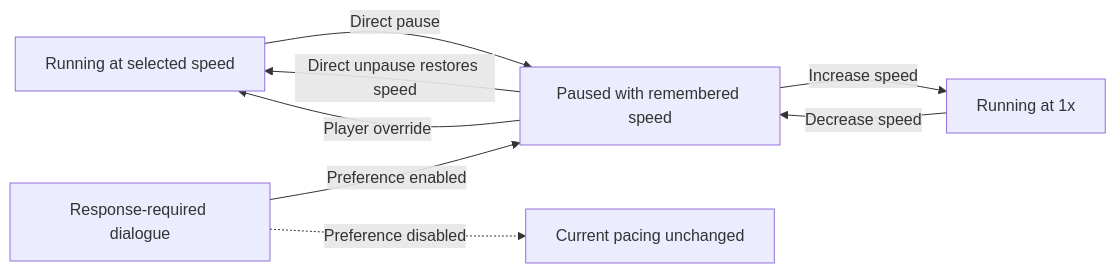
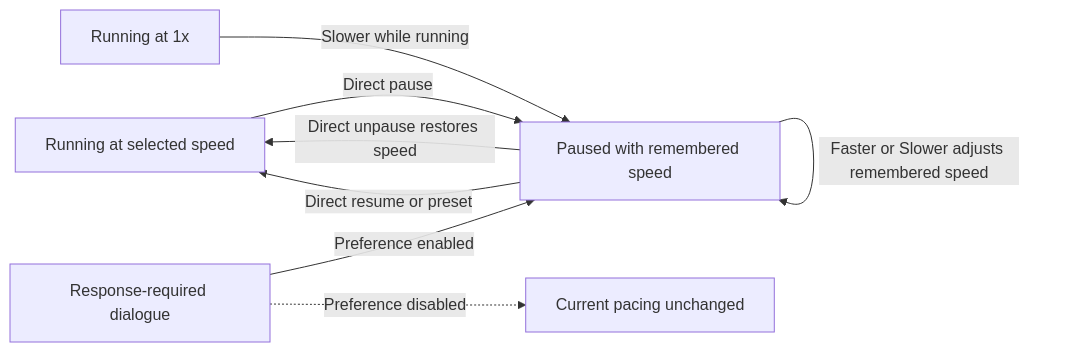
Before and after one commit to Elec0/galaxy-simulator: the diagram in docs/time-and-pacing.md, drawn with Mermaid. The commit also changed other lines of this file and 3 other files, not shown here.

Commit message:
Adjust paused speed changes to preserve pause state

````diff
--- a/docs/time-and-pacing.md
+++ b/docs/time-and-pacing.md
@@ -30,16 +32,16 @@
 ```mermaid
 flowchart LR
     running["Running at selected speed"]
     paused["Paused with remembered speed"]
     one["Running at 1x"]
     dialogue["Response-required dialogue"]
     unchanged["Current pacing unchanged"]
 
     running -->|"Direct pause"| paused
     paused -->|"Direct unpause restores speed"| running
-    paused -->|"Increase speed"| one
-    one -->|"Decrease speed"| paused
+    paused -->|"Faster or Slower adjusts remembered speed"| paused
+    one -->|"Slower while running"| paused
     dialogue -->|"Preference enabled"| paused
     dialogue -.->|"Preference disabled"| unchanged
-    paused -->|"Player override"| running
+    paused -->|"Direct resume or preset"| running
 ```
````
